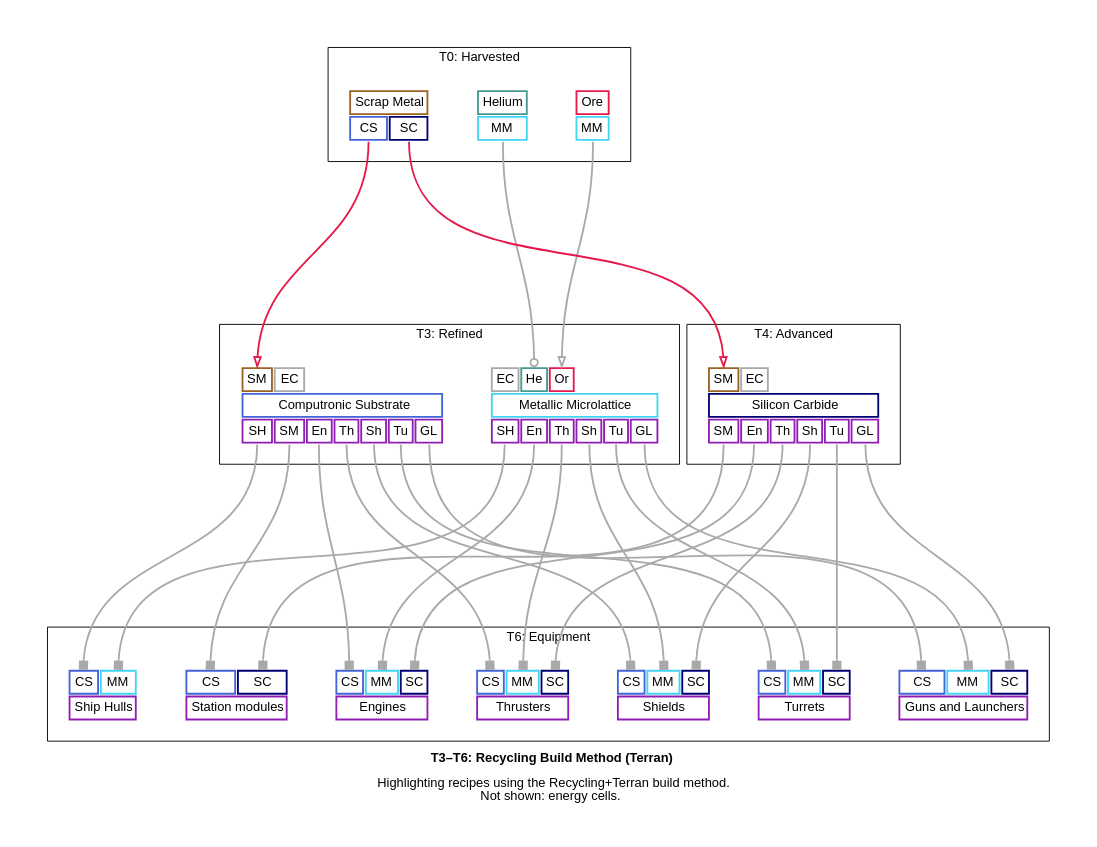
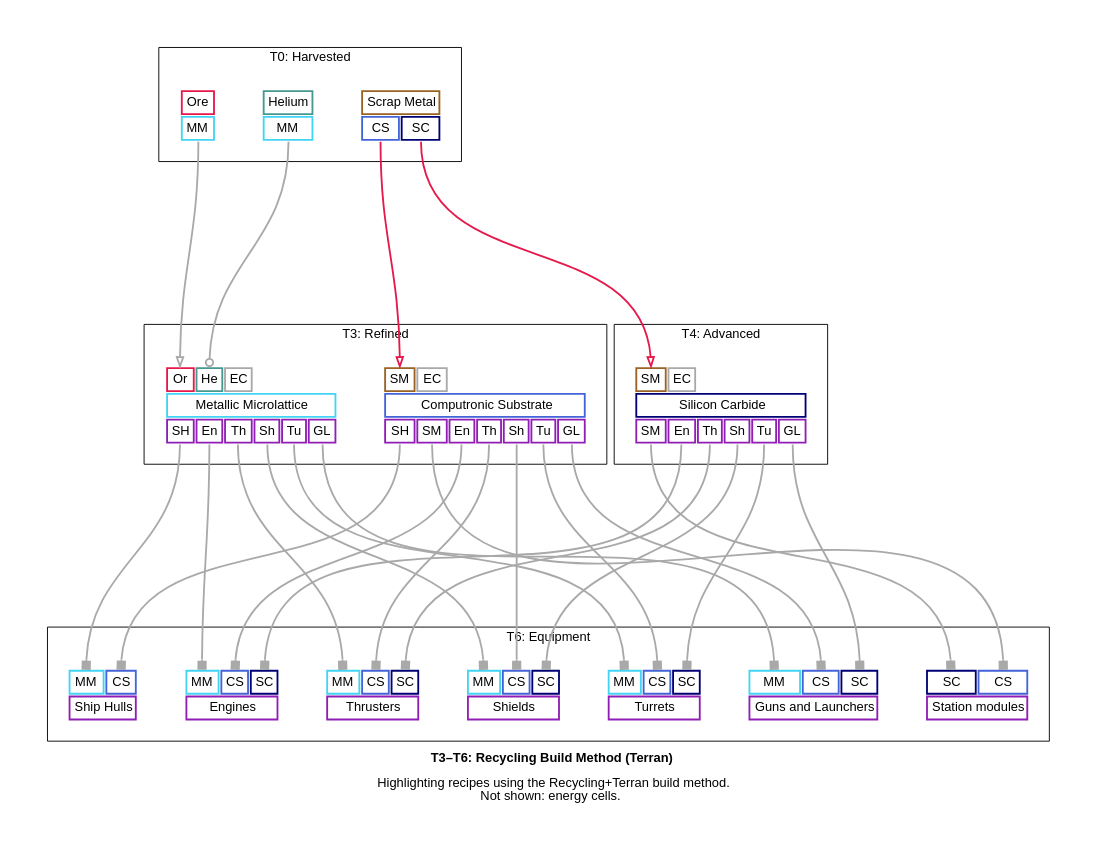
The diagram in docs/t3_t6_recycling_build_method_terran__graph_simplified.dot (borntyping/x4-diagrams), drawn with Graphviz before and after one commit. The commit also changed other lines of this file and 46 other files, not shown here.

First line of the commit message:
Fix weird highlighting in the sankey diagram

```diff
--- a/docs/t3_t6_recycling_build_method_terran__graph_simplified.dot
+++ b/docs/t3_t6_recycling_build_method_terran__graph_simplified.dot
@@ -88,11 +88,11 @@
   
     <tr>
       
-        <td align="text" bgcolor="white" color="#a9a9a9" port="energy_cells">EC</td>
+        <td align="text" bgcolor="white" color="#e6194B" port="ore">Or</td>
       
         <td align="text" bgcolor="white" color="#469990" port="helium">He</td>
       
-        <td align="text" bgcolor="white" color="#e6194B" port="ore">Or</td>
+        <td align="text" bgcolor="white" color="#a9a9a9" port="energy_cells">EC</td>
       
     </tr>
   
@@ -158,9 +158,9 @@
   
     <tr>
       
+        <td align="text" bgcolor="white" color="#42d4f4" port="metallic_microlattice">MM</td>
+      
         <td align="text" bgcolor="white" color="#4363d8" port="computronic_substrate">CS</td>
-      
-        <td align="text" bgcolor="white" color="#42d4f4" port="metallic_microlattice">MM</td>
       
         <td align="text" bgcolor="white" color="#000075" port="silicon_carbide">SC</td>
       
@@ -175,9 +175,9 @@
   
     <tr>
       
+        <td align="text" bgcolor="white" color="#42d4f4" port="metallic_microlattice">MM</td>
+      
         <td align="text" bgcolor="white" color="#4363d8" port="computronic_substrate">CS</td>
-      
-        <td align="text" bgcolor="white" color="#42d4f4" port="metallic_microlattice">MM</td>
       
         <td align="text" bgcolor="white" color="#000075" port="silicon_carbide">SC</td>
       
@@ -192,9 +192,9 @@
   
     <tr>
       
+        <td align="text" bgcolor="white" color="#42d4f4" port="metallic_microlattice">MM</td>
+      
         <td align="text" bgcolor="white" color="#4363d8" port="computronic_substrate">CS</td>
-      
-        <td align="text" bgcolor="white" color="#42d4f4" port="metallic_microlattice">MM</td>
       
         <td align="text" bgcolor="white" color="#000075" port="silicon_carbide">SC</td>
       
@@ -209,9 +209,9 @@
   
     <tr>
       
+        <td align="text" bgcolor="white" color="#42d4f4" port="metallic_microlattice">MM</td>
+      
         <td align="text" bgcolor="white" color="#4363d8" port="computronic_substrate">CS</td>
-      
-        <td align="text" bgcolor="white" color="#42d4f4" port="metallic_microlattice">MM</td>
       
     </tr>
   
@@ -224,9 +224,9 @@
   
     <tr>
       
+        <td align="text" bgcolor="white" color="#000075" port="silicon_carbide">SC</td>
+      
         <td align="text" bgcolor="white" color="#4363d8" port="computronic_substrate">CS</td>
-      
-        <td align="text" bgcolor="white" color="#000075" port="silicon_carbide">SC</td>
       
     </tr>
   
@@ -239,9 +239,9 @@
   
     <tr>
       
+        <td align="text" bgcolor="white" color="#42d4f4" port="metallic_microlattice">MM</td>
+      
         <td align="text" bgcolor="white" color="#4363d8" port="computronic_substrate">CS</td>
-      
-        <td align="text" bgcolor="white" color="#42d4f4" port="metallic_microlattice">MM</td>
       
         <td align="text" bgcolor="white" color="#000075" port="silicon_carbide">SC</td>
       
@@ -256,9 +256,9 @@
   
     <tr>
       
+        <td align="text" bgcolor="white" color="#42d4f4" port="metallic_microlattice">MM</td>
+      
         <td align="text" bgcolor="white" color="#4363d8" port="computronic_substrate">CS</td>
-      
-        <td align="text" bgcolor="white" color="#42d4f4" port="metallic_microlattice">MM</td>
       
         <td align="text" bgcolor="white" color="#000075" port="silicon_carbide">SC</td>
       
```
